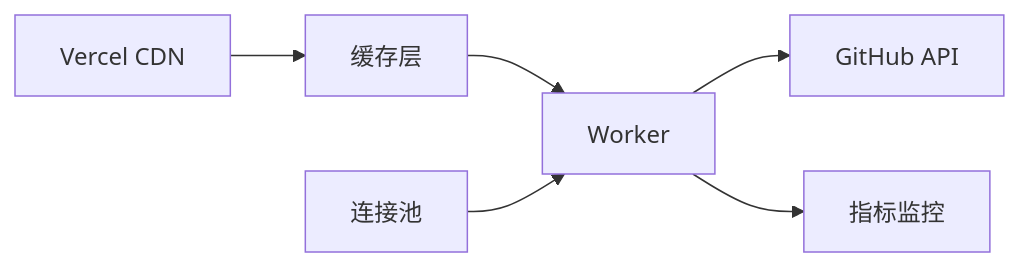
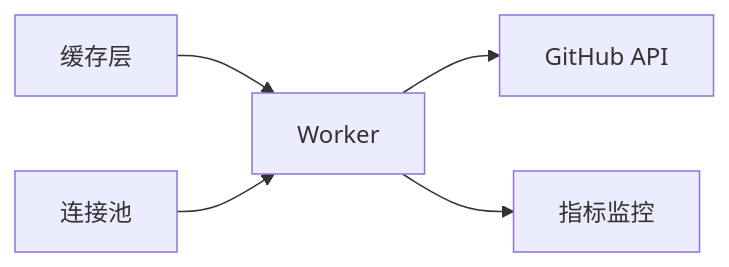
Before and after one commit to olx2990684400-sketch/olx-my-blog: the seventh of 8 diagrams in .qoder/repowiki/zh/content/Cloudflare Workers服务/GitHub代理服务.md, drawn with Mermaid. The commit also changed other lines of this file and 74 other files, not shown here.

````diff
--- a/.qoder/repowiki/zh/content/Cloudflare Workers服务/GitHub代理服务.md
+++ b/.qoder/repowiki/zh/content/Cloudflare Workers服务/GitHub代理服务.md
@@ -268,8 +387,7 @@
 ```mermaid
 graph LR
 Cache["缓存层"] --> Worker["Worker"]
 Pool["连接池"] --> Worker
 Worker --> GitHub["GitHub API"]
 Worker --> Metrics["指标监控"]
-Vercel["Vercel CDN"] --> Cache
 ```
````
